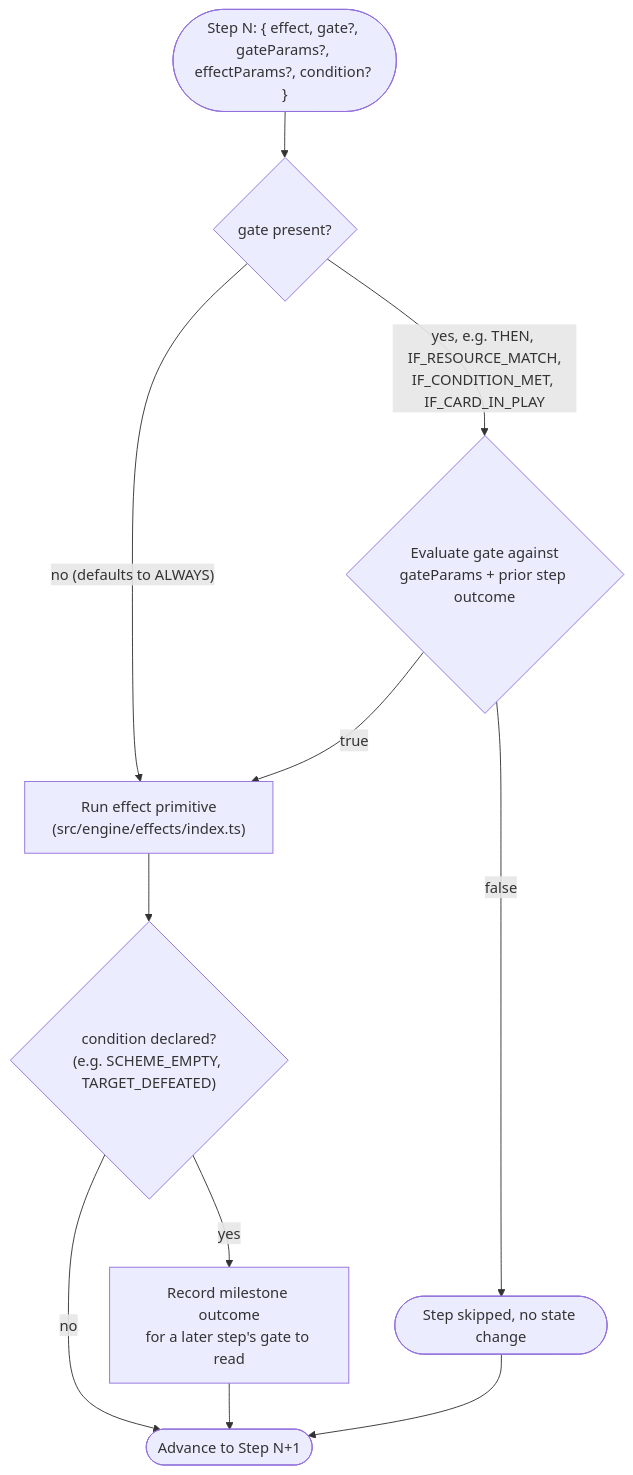
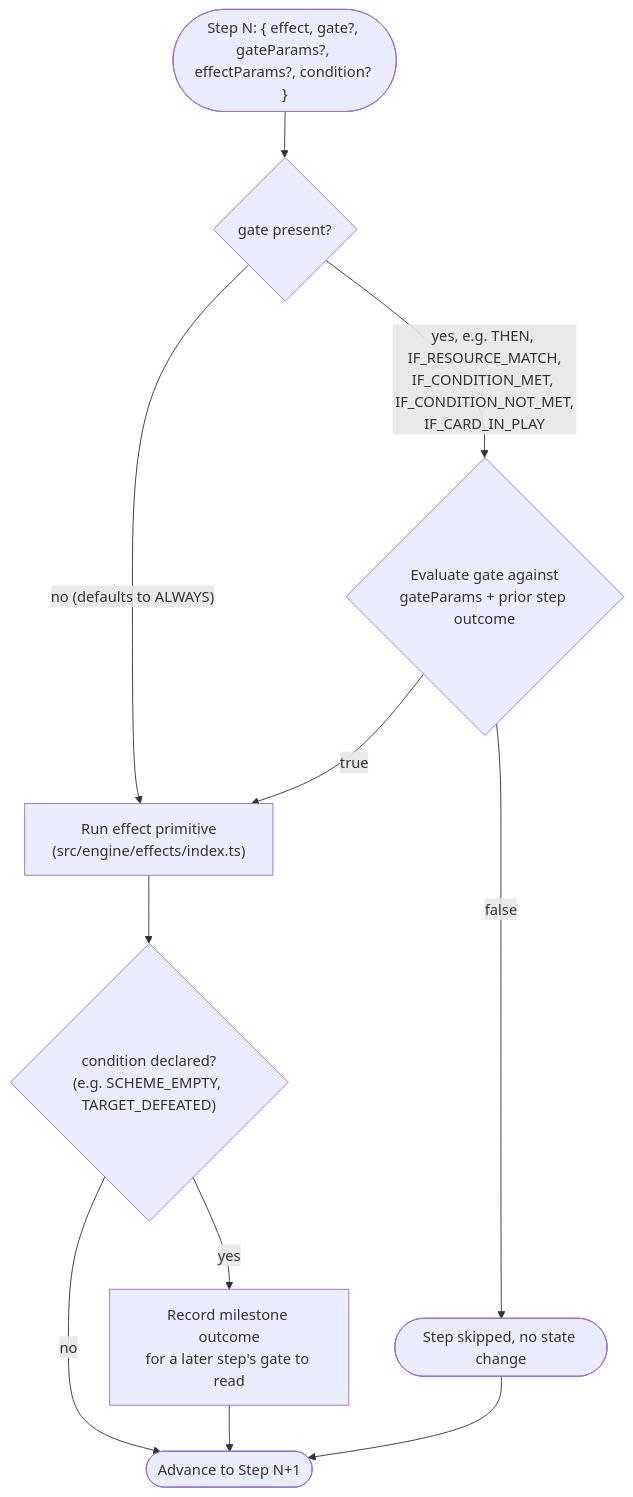
One commit to SteveRodrigue/MCD changed the second of 3 diagrams in docs/visual-guides/02-ability-lifecycle.md. Above: the diagram before and after it, drawn with Mermaid. The commit also changed 25 other files, not shown here.

````diff
--- a/docs/visual-guides/02-ability-lifecycle.md
+++ b/docs/visual-guides/02-ability-lifecycle.md
@@ -33,13 +33,13 @@
 ```mermaid
 flowchart TD
     Step(["Step N: { effect, gate?, gateParams?, effectParams?, condition? }"]) --> GateCheck{"gate present?"}
     GateCheck -->|"no (defaults to ALWAYS)"| Run["Run effect primitive<br/>(src/engine/effects/index.ts)"]
-    GateCheck -->|"yes, e.g. THEN, IF_RESOURCE_MATCH,<br/>IF_CONDITION_MET, IF_CARD_IN_PLAY"| Eval{"Evaluate gate against<br/>gateParams + prior step outcome"}
+    GateCheck -->|"yes, e.g. THEN, IF_RESOURCE_MATCH,<br/>IF_CONDITION_MET, IF_CONDITION_NOT_MET,<br/>IF_CARD_IN_PLAY"| Eval{"Evaluate gate against<br/>gateParams + prior step outcome"}
     Eval -->|false| Skip(["Step skipped, no state change"])
     Eval -->|true| Run
     Run --> Condition{"condition declared?<br/>(e.g. SCHEME_EMPTY, TARGET_DEFEATED)"}
     Condition -->|yes| Record["Record milestone outcome<br/>for a later step's gate to read"]
     Condition -->|no| Next
     Record --> Next(["Advance to Step N+1"])
     Skip --> Next
 ```
````
